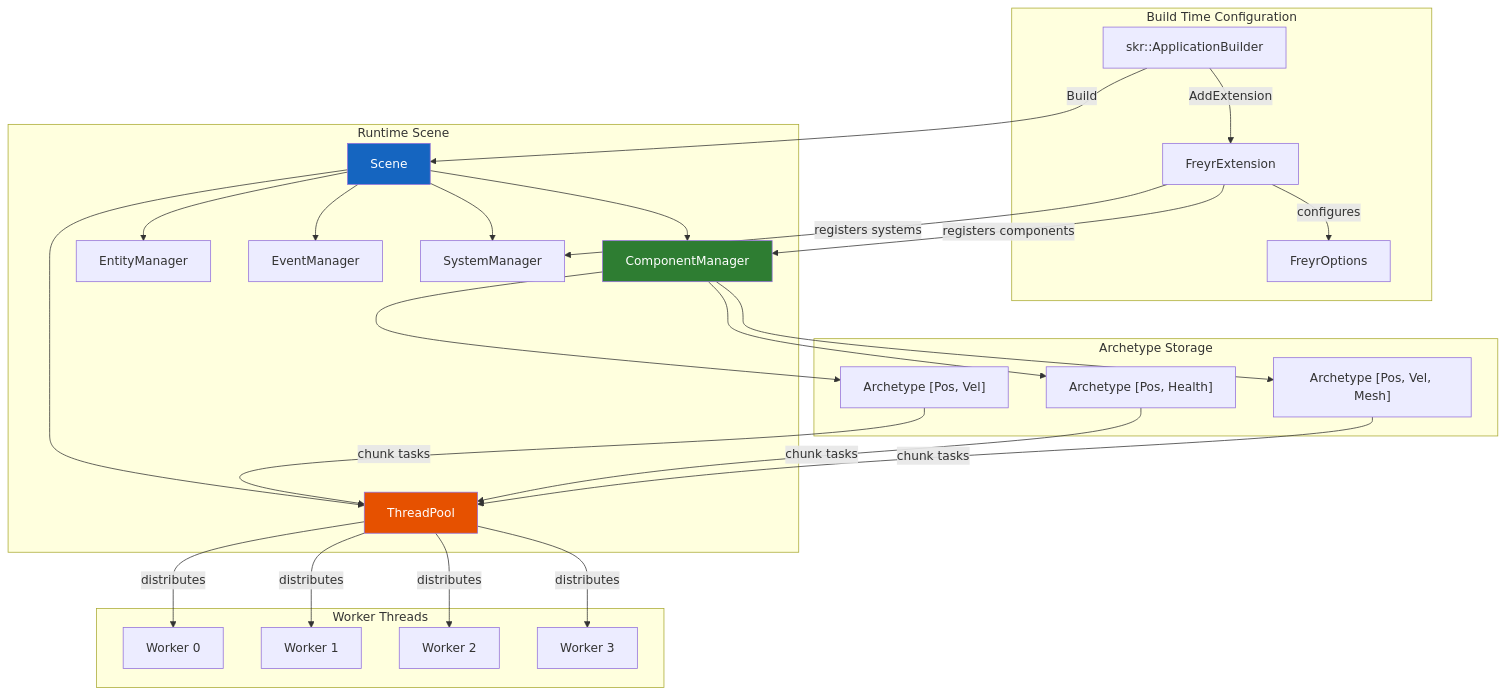
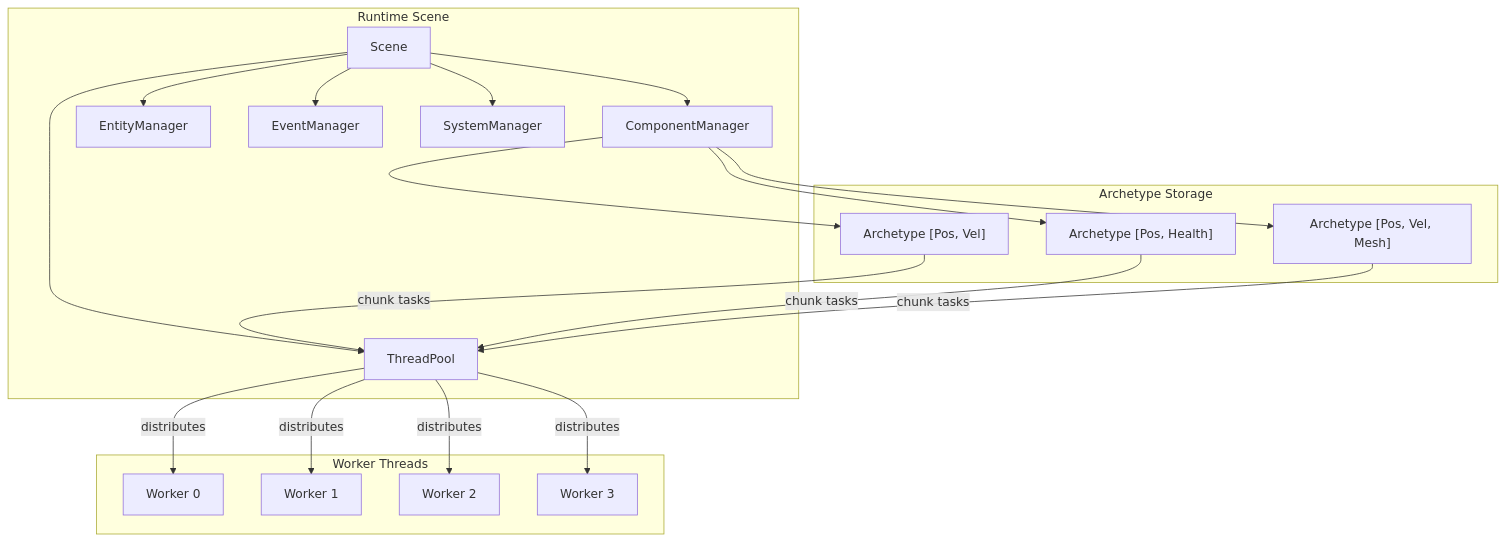
The diagram in docs/index.md (gilmar-sales/Freyr), drawn with Mermaid before and after one commit. The commit also changed 8 other files, not shown here.

Commit message:
docs(diagrams): remove mermaid diagram styling directives

````diff
--- a/docs/index.md
+++ b/docs/index.md
@@ -15,59 +15,43 @@
 ```mermaid
 graph TB
-    subgraph Configuration["Build Time Configuration"]
-        FB["skr::ApplicationBuilder"]
-        FE["FreyrExtension"]
-        OPT["FreyrOptions"]
-    end
-
     subgraph Runtime["Runtime Scene"]
         SC["Scene"]
         CM["ComponentManager"]
         EM["EntityManager"]
         EVM["EventManager"]
         SM["SystemManager"]
         TP["ThreadPool"]
     end
 
     subgraph Storage["Archetype Storage"]
         A1["Archetype [Pos, Vel]"]
         A2["Archetype [Pos, Health]"]
         A3["Archetype [Pos, Vel, Mesh]"]
     end
 
     subgraph Workers["Worker Threads"]
         W1["Worker 0"]
         W2["Worker 1"]
         W3["Worker 2"]
         W4["Worker 3"]
     end
 
-    FB -->|AddExtension| FE
-    FE -->|registers components| CM
-    FE -->|registers systems| SM
-    FE -->|configures| OPT
-    FB -->|Build| SC
-
     SC --> CM
     SC --> EM
     SC --> EVM
     SC --> SM
     SC --> TP
 
     CM --> A1
     CM --> A2
     CM --> A3
 
     A1 -->|chunk tasks| TP
     A2 -->|chunk tasks| TP
     A3 -->|chunk tasks| TP
 
     TP -->|distributes| W1
     TP -->|distributes| W2
     TP -->|distributes| W3
     TP -->|distributes| W4
-
-    style SC fill:#1565C0,color:#fff
-    style CM fill:#2E7D32,color:#fff
-    style TP fill:#E65100,color:#fff
 ```
````
